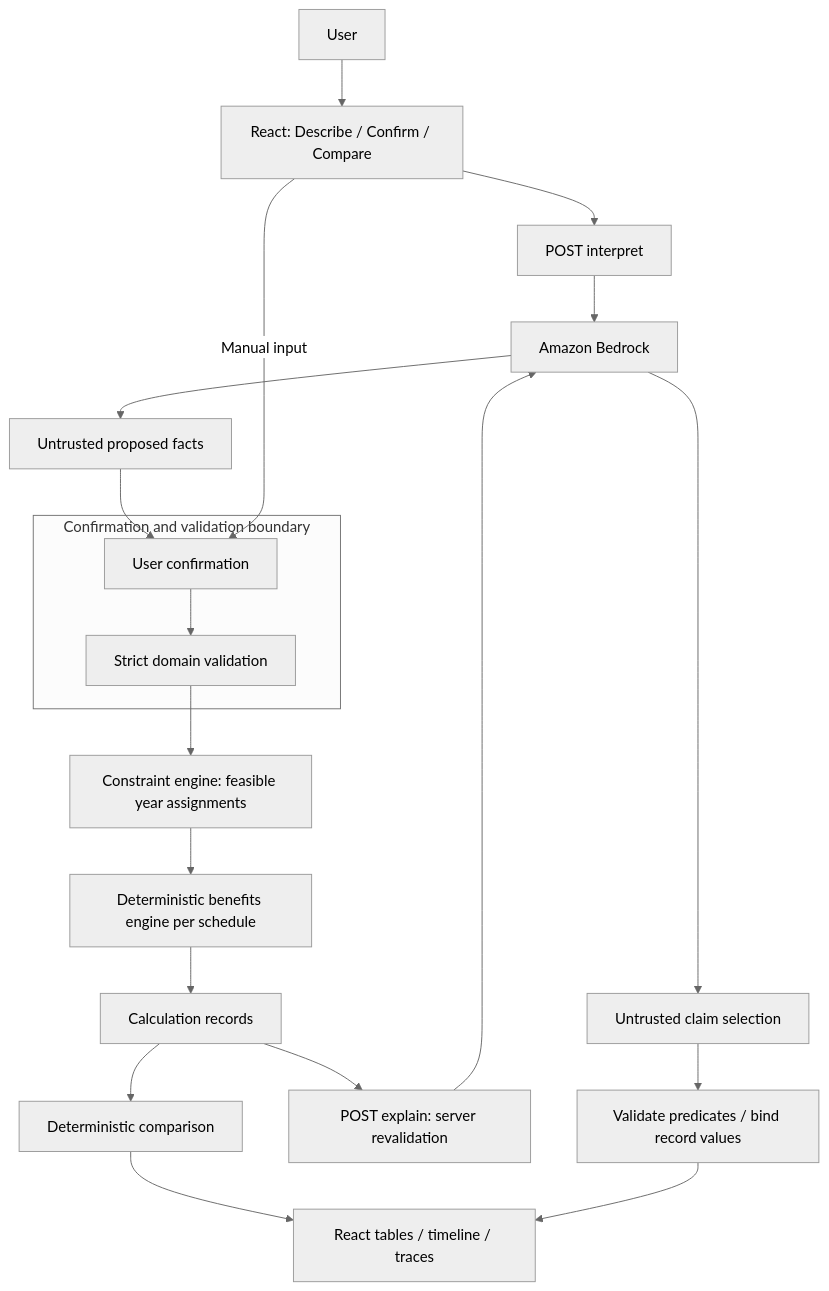
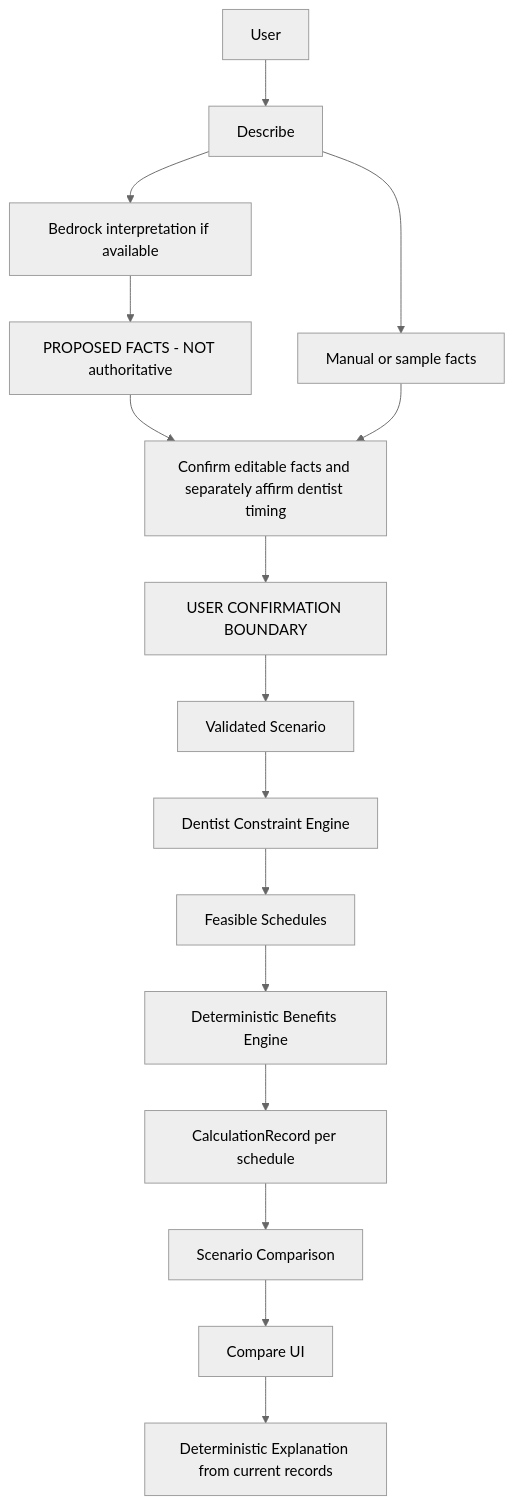
Before and after one commit to ikshayer/codelinc: the diagram in CAREWINDOW_ARCHITECTURE.md, drawn with Mermaid (neutral theme). The commit also changed other lines of this file and 6 other files, not shown here.

````diff
--- a/CAREWINDOW_ARCHITECTURE.md
+++ b/CAREWINDOW_ARCHITECTURE.md
@@ -810,22 +191,18 @@
 ```mermaid
 flowchart TD
-  U[User] --> UI[React: Describe / Confirm / Compare]
-  UI --> IA[POST interpret]
-  IA --> BR[Amazon Bedrock]
-  BR --> P[Untrusted proposed facts]
-  P --> C[User confirmation]
-  UI -->|Manual input| C
-  subgraph T[Confirmation and validation boundary]
-    C --> V[Strict domain validation]
-  end
-  V --> S[Constraint engine: feasible year assignments]
-  S --> E[Deterministic benefits engine per schedule]
-  E --> R[Calculation records]
-  R --> CP[Deterministic comparison]
-  CP --> VIEW[React tables / timeline / traces]
-  R --> EA[POST explain: server revalidation]
-  EA --> BR
-  BR --> CL[Untrusted claim selection]
-  CL --> G[Validate predicates / bind record values]
-  G --> VIEW
+  U[User] --> D[Describe]
+  D --> AI[Bedrock interpretation if available]
+  AI --> P[PROPOSED FACTS - NOT authoritative]
+  D --> M[Manual or sample facts]
+  P --> C[Confirm editable facts and separately affirm dentist timing]
+  M --> C
+  C --> B[USER CONFIRMATION BOUNDARY]
+  B --> V[Validated Scenario]
+  V --> CE[Dentist Constraint Engine]
+  CE --> FS[Feasible Schedules]
+  FS --> BE[Deterministic Benefits Engine]
+  BE --> CR[CalculationRecord per schedule]
+  CR --> SC[Scenario Comparison]
+  SC --> UI[Compare UI]
+  UI --> EX[Deterministic Explanation from current records]
 ```
````
